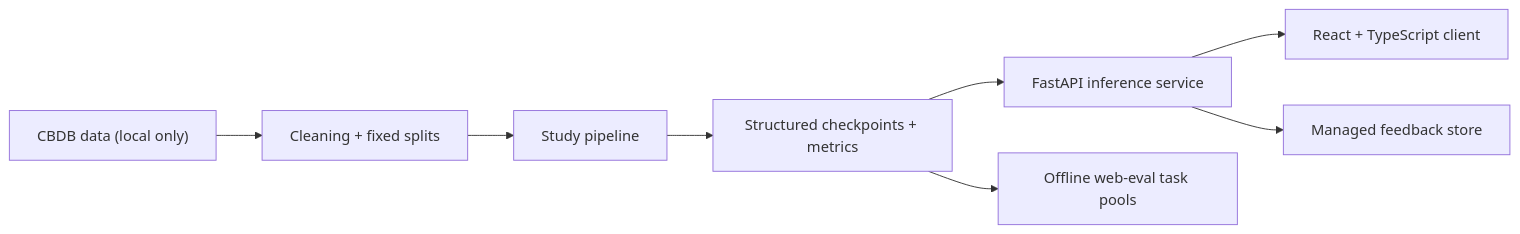
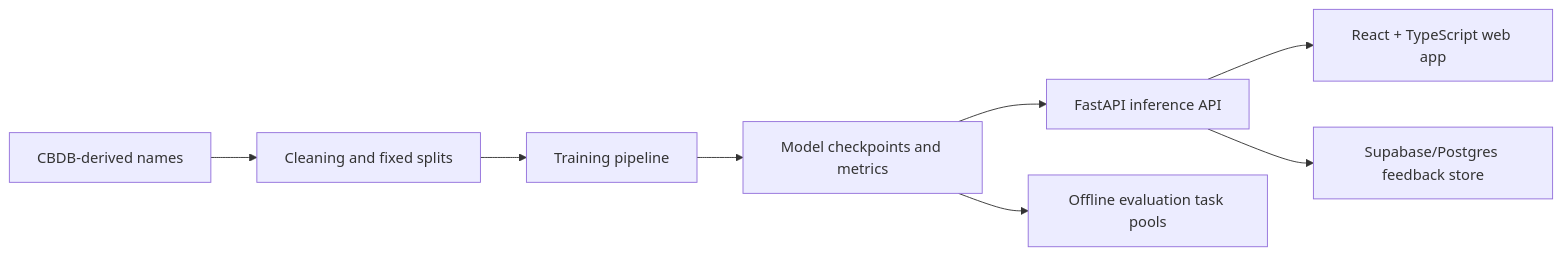
The diagram in README.md (Jujun111/neural-mingzi-generator), drawn with Mermaid before and after one commit. The commit also changed other lines of this file, not shown here.

````diff
--- a/README.md
+++ b/README.md
@@ -26,10 +47,10 @@
 ```mermaid
 flowchart LR
-    A["CBDB data (local only)"] --> B["Cleaning + fixed splits"]
-    B --> C["Study pipeline"]
-    C --> D["Structured checkpoints + metrics"]
-    D --> E["FastAPI inference service"]
-    D --> F["Offline web-eval task pools"]
-    E --> G["React + TypeScript client"]
-    E --> H["Managed feedback store"]
+    A["CBDB-derived names"] --> B["Cleaning and fixed splits"]
+    B --> C["Training pipeline"]
+    C --> D["Model checkpoints and metrics"]
+    D --> E["FastAPI inference API"]
+    D --> F["Offline evaluation task pools"]
+    E --> G["React + TypeScript web app"]
+    E --> H["Supabase/Postgres feedback store"]
 ```
````
